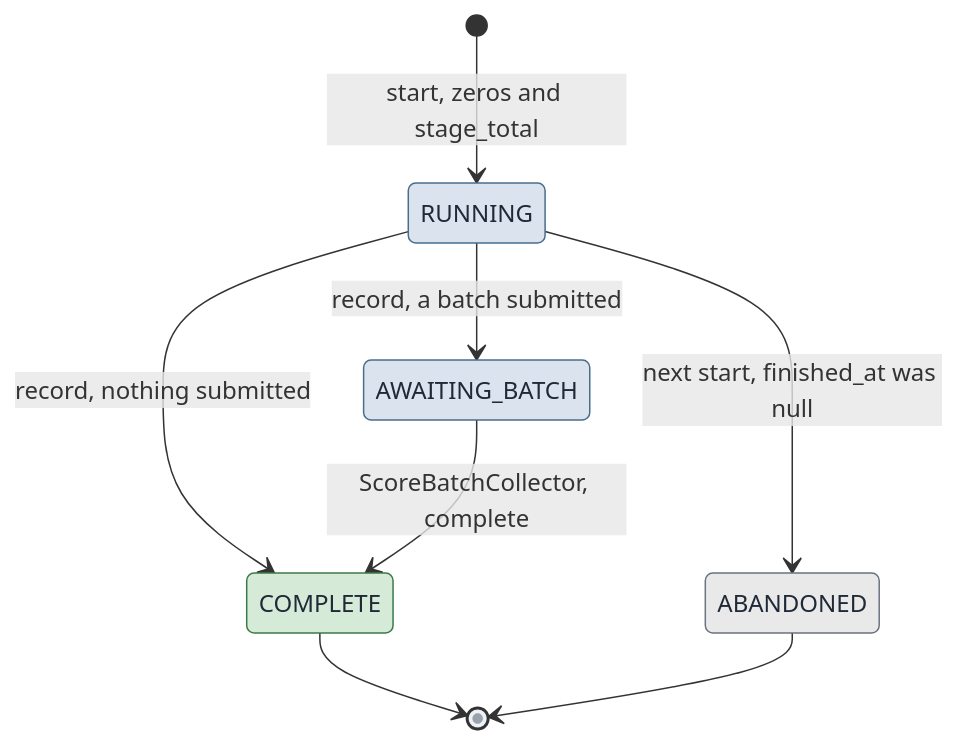
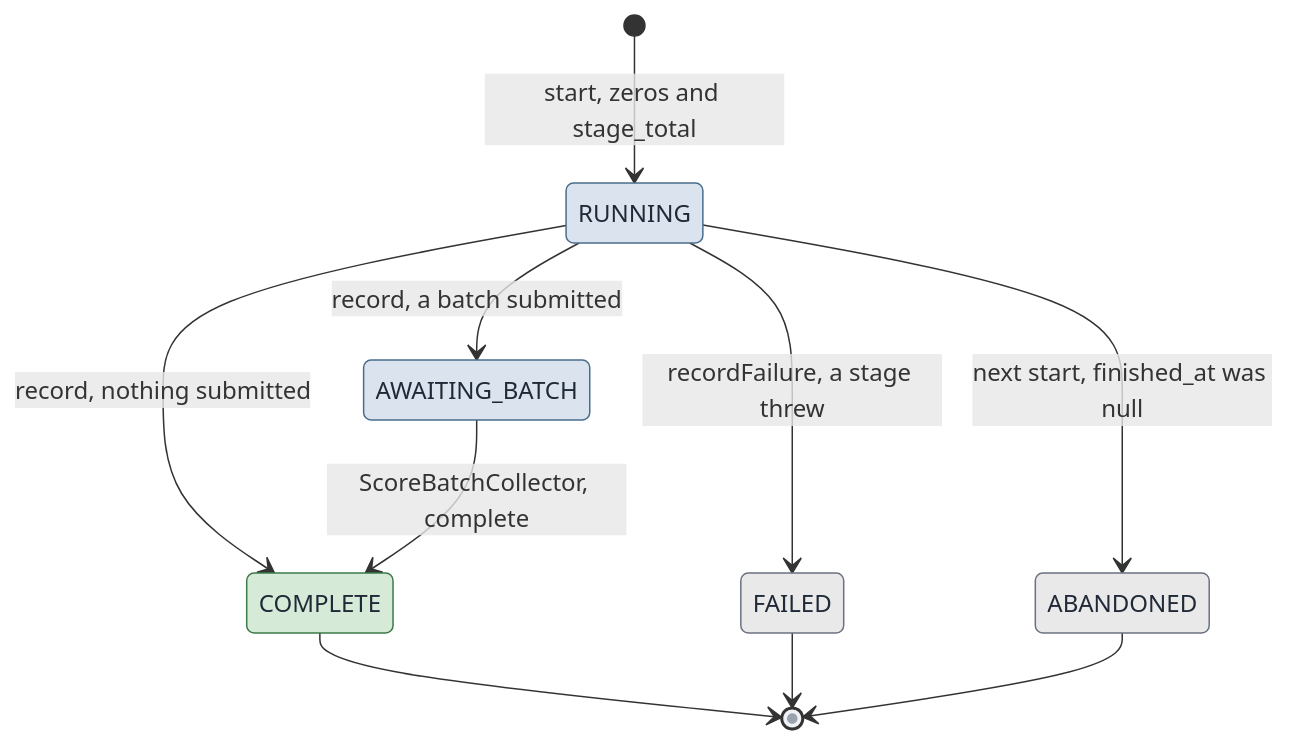
Before and after one commit to codeministry/leadgen: diagram 11 of 13 in docs/BACKEND-FLOWS.md, drawn with Mermaid. The commit also changed other lines of this file and 4 other files, not shown here.

First line of the commit message:
Document the FAILED run and the stage timings

````diff
--- a/docs/BACKEND-FLOWS.md
+++ b/docs/BACKEND-FLOWS.md
@@ -648,19 +656,21 @@
 ```mermaid
 %%{init: {"themeVariables": {"clusterBkg":"#fafafa","clusterBorder":"#c3c8cf","titleColor":"#374151","mainBkg":"#eef1f5","nodeBorder":"#9aa3ad","primaryTextColor":"#1f2937","noteBkgColor":"#fff3c4","noteBorderColor":"#a4781b","noteTextColor":"#1f2937"}}}%%
 stateDiagram-v2
     classDef live fill:#dbe4ee,stroke:#4a6d8c,color:#1f2937
     classDef done fill:#d6ead8,stroke:#3d7a48,color:#1f2937
     classDef dead fill:#e9e9e9,stroke:#6b7280,color:#1f2937
 
     [*] --> RUNNING : start, zeros and stage_total
     RUNNING --> COMPLETE : record, nothing submitted
     RUNNING --> AWAITING_BATCH : record, a batch submitted
     AWAITING_BATCH --> COMPLETE : ScoreBatchCollector, complete
+    RUNNING --> FAILED : recordFailure, a stage threw
     RUNNING --> ABANDONED : next start, finished_at was null
     COMPLETE --> [*]
+    FAILED --> [*]
     ABANDONED --> [*]
 
     class RUNNING,AWAITING_BATCH live
     class COMPLETE done
-    class ABANDONED dead
+    class FAILED,ABANDONED dead
 ```
````
